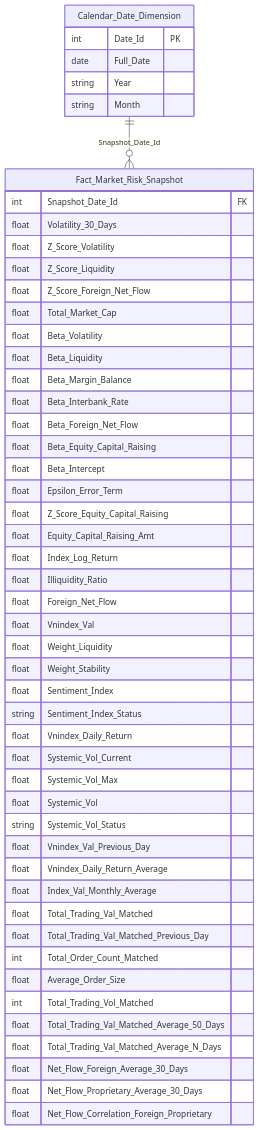
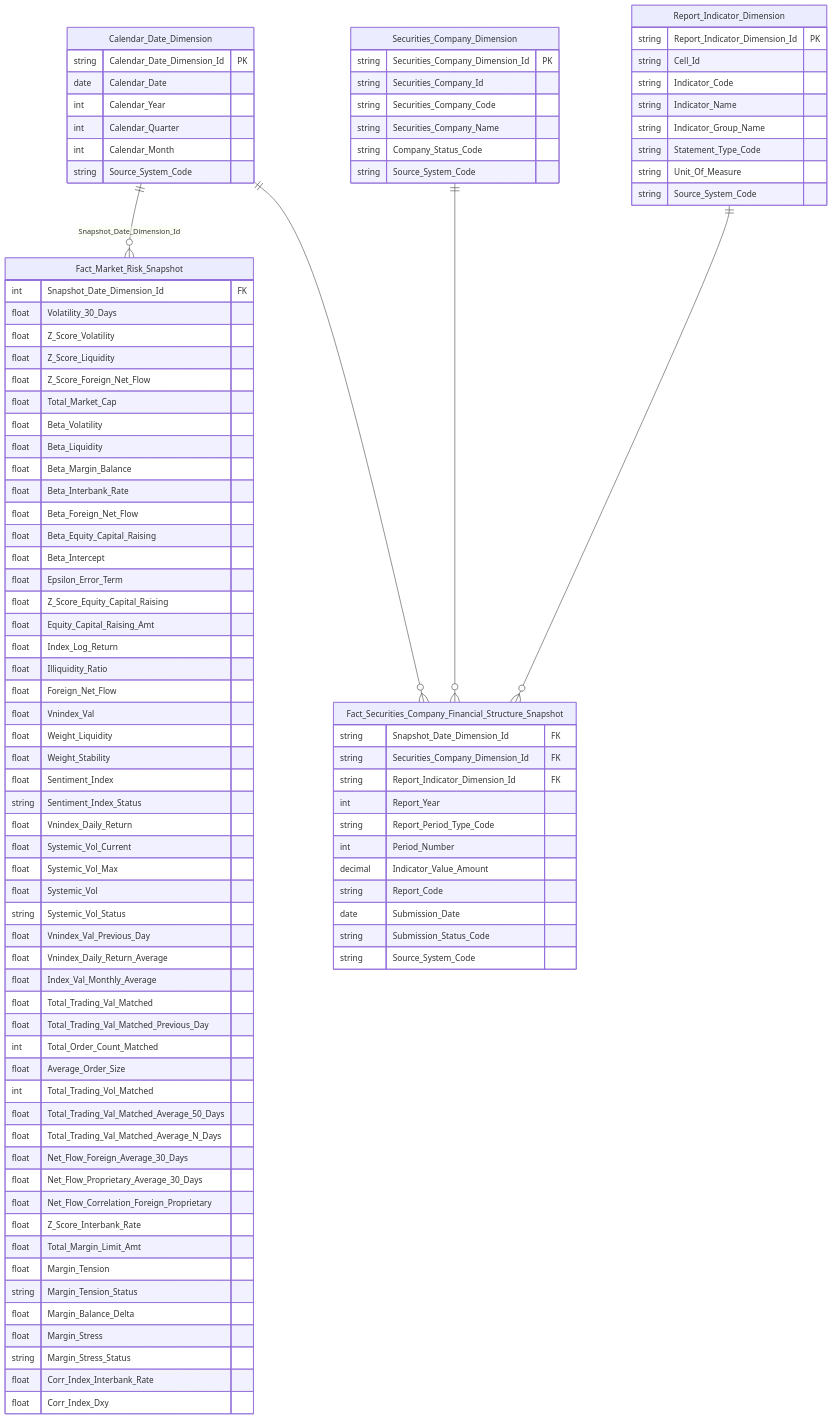
Before and after one commit to linhlvit/ubck_atomic_design: diagram 17 of 58 in Datamart/hld/DTM_PTTT_HLD.md, drawn with Mermaid. The commit also changed other lines of this file and 9 other files, not shown here.

````diff
--- a/Datamart/hld/DTM_PTTT_HLD.md
+++ b/Datamart/hld/DTM_PTTT_HLD.md
@@ -744,7 +822,7 @@
 ```mermaid
 erDiagram
     Fact_Market_Risk_Snapshot {
-        int Snapshot_Date_Id FK
+        int Snapshot_Date_Dimension_Id FK
         float Volatility_30_Days
         float Z_Score_Volatility
         float Z_Score_Liquidity
@@ -786,12 +864,57 @@
         float Net_Flow_Foreign_Average_30_Days
         float Net_Flow_Proprietary_Average_30_Days
         float Net_Flow_Correlation_Foreign_Proprietary
+        float Z_Score_Interbank_Rate
+        float Total_Margin_Limit_Amt
+        float Margin_Tension
+        string Margin_Tension_Status
+        float Margin_Balance_Delta
+        float Margin_Stress
+        string Margin_Stress_Status
+        float Corr_Index_Interbank_Rate
+        float Corr_Index_Dxy
     }
     Calendar_Date_Dimension {
-        int Date_Id PK
-        date Full_Date
-        string Year
-        string Month
+        string Calendar_Date_Dimension_Id PK
+        date Calendar_Date
+        int Calendar_Year
+        int Calendar_Quarter
+        int Calendar_Month
+        string Source_System_Code
     }
-    Calendar_Date_Dimension ||--o{ Fact_Market_Risk_Snapshot : "Snapshot_Date_Id"
+    Calendar_Date_Dimension ||--o{ Fact_Market_Risk_Snapshot : "Snapshot_Date_Dimension_Id"
+    Fact_Securities_Company_Financial_Structure_Snapshot {
+        string Snapshot_Date_Dimension_Id FK
+        string Securities_Company_Dimension_Id FK
+        string Report_Indicator_Dimension_Id FK
+        int Report_Year
+        string Report_Period_Type_Code
+        int Period_Number
+        decimal Indicator_Value_Amount
+        string Report_Code
+        date Submission_Date
+        string Submission_Status_Code
+        string Source_System_Code
+    }
+    Securities_Company_Dimension {
+        string Securities_Company_Dimension_Id PK
+        string Securities_Company_Id
+        string Securities_Company_Code
+        string Securities_Company_Name
+        string Company_Status_Code
+        string Source_System_Code
+    }
+    Report_Indicator_Dimension {
+        string Report_Indicator_Dimension_Id PK
+        string Cell_Id
+        string Indicator_Code
+        string Indicator_Name
+        string Indicator_Group_Name
+        string Statement_Type_Code
+        string Unit_Of_Measure
+        string Source_System_Code
+    }
+    Calendar_Date_Dimension ||--o{ Fact_Securities_Company_Financial_Structure_Snapshot : " "
+    Securities_Company_Dimension ||--o{ Fact_Securities_Company_Financial_Structure_Snapshot : " "
+    Report_Indicator_Dimension ||--o{ Fact_Securities_Company_Financial_Structure_Snapshot : " "
 ```
````
